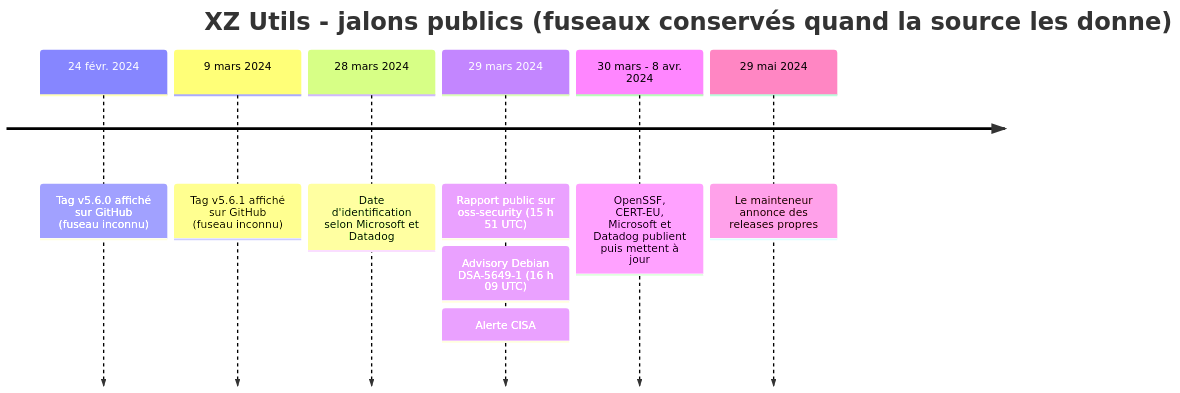
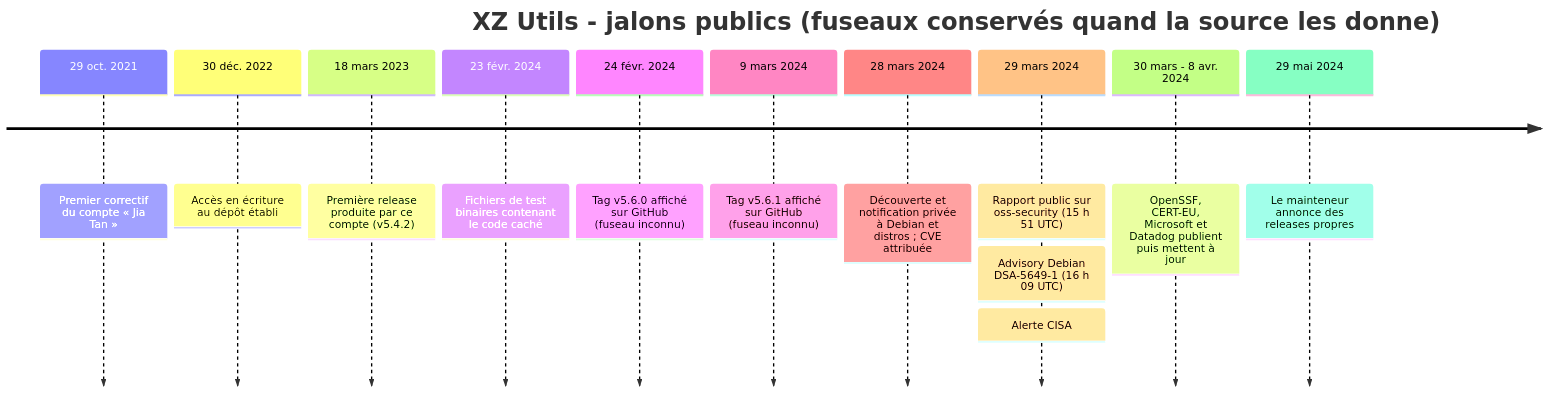
Before and after one commit to AtomCrtr/open-intelligence-casebook: the diagram in cases/case-04-xz-utils/README.md, drawn with Mermaid. The commit also changed other lines of this file and 8 other files, not shown here.

````diff
--- a/cases/case-04-xz-utils/README.md
+++ b/cases/case-04-xz-utils/README.md
@@ -27,10 +28,14 @@
 ```mermaid
 timeline
     title XZ Utils - jalons publics (fuseaux conservés quand la source les donne)
+    29 oct. 2021 : Premier correctif du compte « Jia Tan »
+    30 déc. 2022 : Accès en écriture au dépôt établi
+    18 mars 2023 : Première release produite par ce compte (v5.4.2)
+    23 févr. 2024 : Fichiers de test binaires contenant le code caché
     24 févr. 2024 : Tag v5.6.0 affiché sur GitHub (fuseau inconnu)
     9 mars 2024 : Tag v5.6.1 affiché sur GitHub (fuseau inconnu)
-    28 mars 2024 : Date d'identification selon Microsoft et Datadog
+    28 mars 2024 : Découverte et notification privée à Debian et distros ; CVE attribuée
     29 mars 2024 : Rapport public sur oss-security (15 h 51 UTC) : Advisory Debian DSA-5649-1 (16 h 09 UTC) : Alerte CISA
     30 mars - 8 avr. 2024 : OpenSSF, CERT-EU, Microsoft et Datadog publient puis mettent à jour
     29 mai 2024 : Le mainteneur annonce des releases propres
 ```
````
